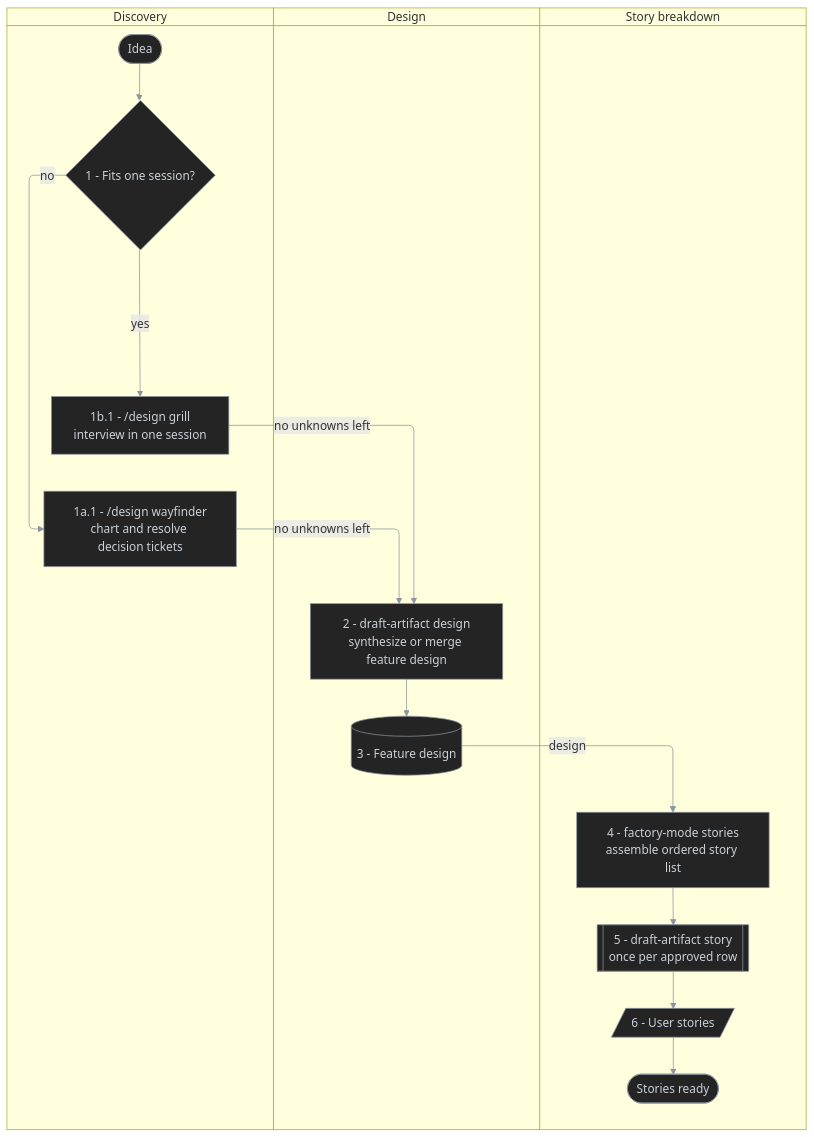
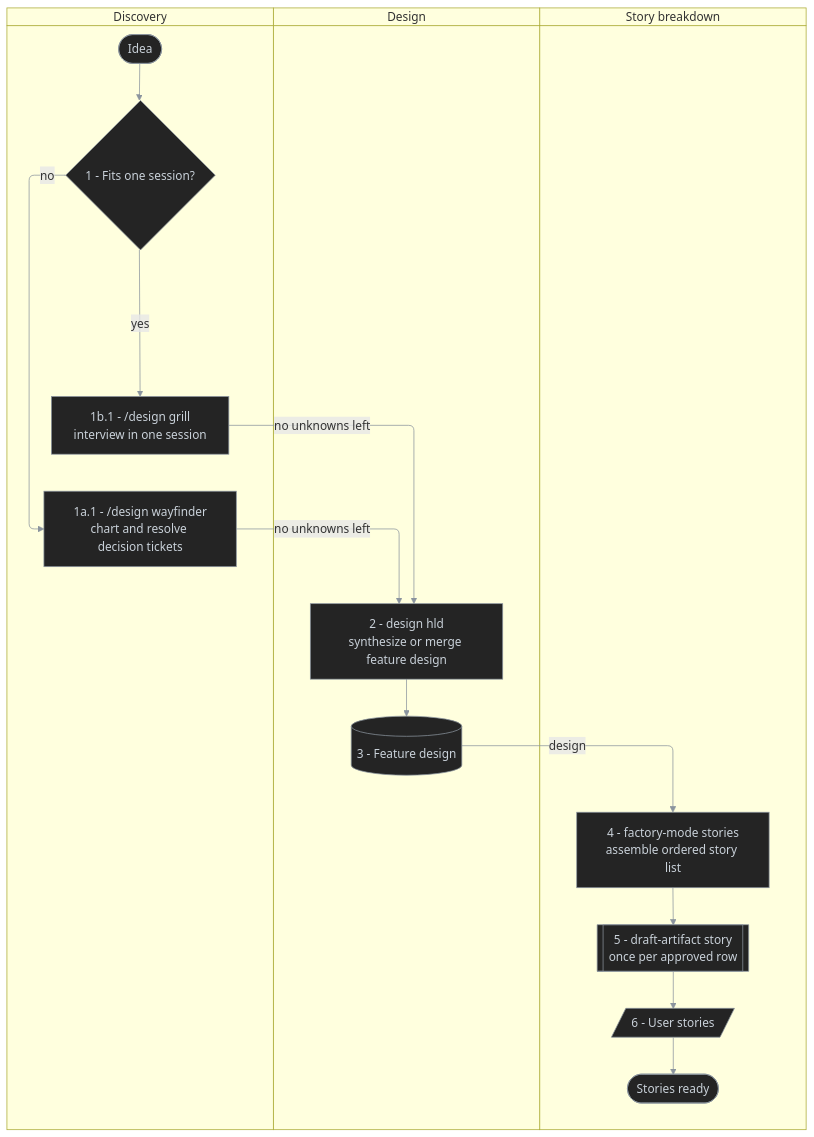
One commit to antshc/brain changed the second of 4 diagrams in plugins/wf/README.md. Above: the diagram before and after it, drawn with Mermaid. The commit also changed other lines of this file and 11 other files, not shown here.

Commit message:
refactor(design): move feature design synthesis to hld route (#382)

````diff
--- a/plugins/wf/README.md
+++ b/plugins/wf/README.md
@@ -77,33 +77,33 @@
 ```mermaid
 %%{init: {'themeVariables': {'lineColor': '#8b949e'}}}%%
 %% diagram-id: wf-design-to-stories-swimlane
 swimlane-beta TB
   accTitle: Design and story breakdown responsibility
-  accDescr: Shows unknowns resolved by /design wayfinder or /design grill, a feature design synthesized by draft-artifact design, and the design broken down into User stories by the factory-mode Stories playbook.
+  accDescr: Shows unknowns resolved by /design wayfinder or /design grill, a feature design synthesized by design hld, and the design broken down into User stories by the factory-mode Stories playbook.
 
   subgraph discovery [Discovery]
     idea([Idea])
     effortSize{1 - Fits one session?}
     wayfinder[1a.1 - /design wayfinder<br/>chart and resolve decision tickets]
     grillDesign[1b.1 - /design grill<br/>interview in one session]
   end
 
   subgraph design [Design]
-    toZdesign[2 - draft-artifact design<br/>synthesize or merge feature design]
+    toZdesign[2 - design hld<br/>synthesize or merge feature design]
     designDoc[(3 - Feature design)]
   end
 
   subgraph breakdown [Story breakdown]
     toStories[4 - factory-mode stories<br/>assemble ordered story list]
     draftStory[[5 - draft-artifact story<br/>once per approved row]]
     stories[/6 - User stories/]
     done([Stories ready])
   end
 
   idea --> effortSize
   effortSize -->|no| wayfinder -->|no unknowns left| toZdesign
   effortSize -->|yes| grillDesign -->|no unknowns left| toZdesign
   toZdesign --> designDoc -->|design| toStories --> draftStory --> stories --> done
 
   classDef default fill:#242424,stroke:#8b949e,color:#c9d1d9,stroke-width:1px
 ```
````
